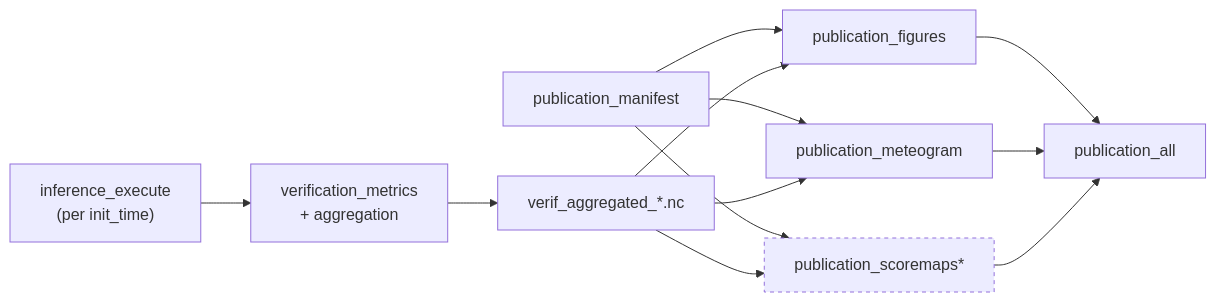
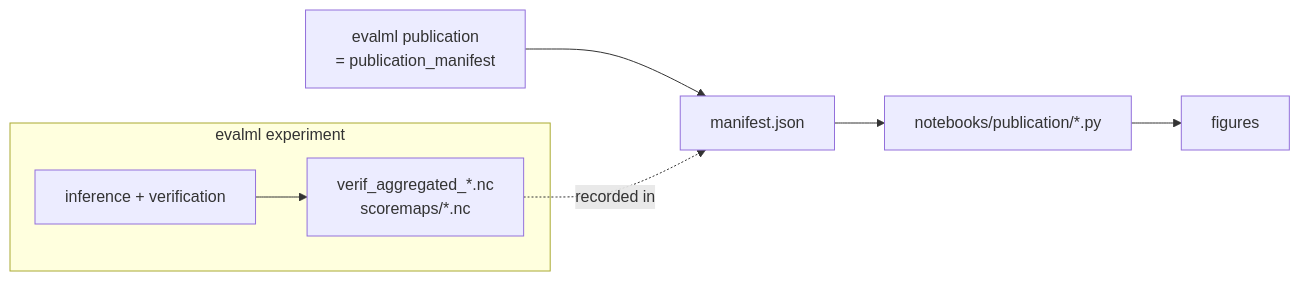
Before and after one commit to MeteoSwiss/evalml: the second of 2 diagrams in docs/publication_figures.md, drawn with Mermaid. The commit also changed other lines of this file and 18 other files, not shown here.

````diff
--- a/docs/publication_figures.md
+++ b/docs/publication_figures.md
@@ -243,12 +199,9 @@
 ```mermaid
 flowchart LR
-    A["inference_execute<br/>(per init_time)"] --> B["verification_metrics<br/>+ aggregation"]
-    B --> C["verif_aggregated_*.nc"]
-    M["publication_manifest"] --> F1 & F2 & F3
-    C --> F1["publication_figures"]
-    C --> F2["publication_meteogram"]
-    C --> F3["publication_scoremaps*"]
-    F1 & F2 & F3 --> ALL["publication_all"]
-    classDef opt stroke-dasharray: 4 4
-    class F3 opt
+    subgraph exp["evalml experiment"]
+        A["inference + verification"] --> C["verif_aggregated_*.nc<br/>scoremaps/*.nc"]
+    end
+    M["evalml publication<br/>= publication_manifest"] --> MAN["manifest.json"]
+    C -. recorded in .-> MAN
+    MAN --> NB["notebooks/publication/*.py"] --> F["figures"]
 ```
````
